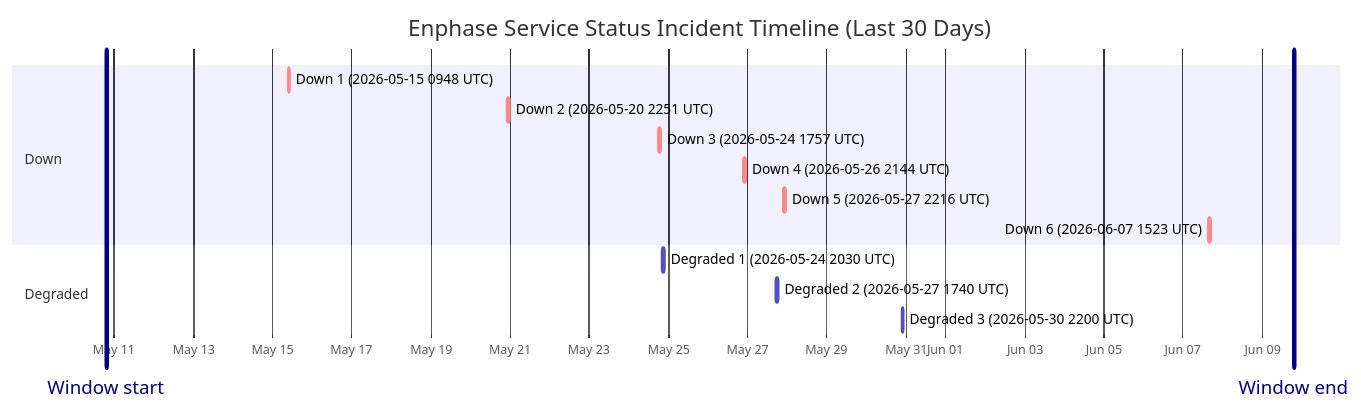
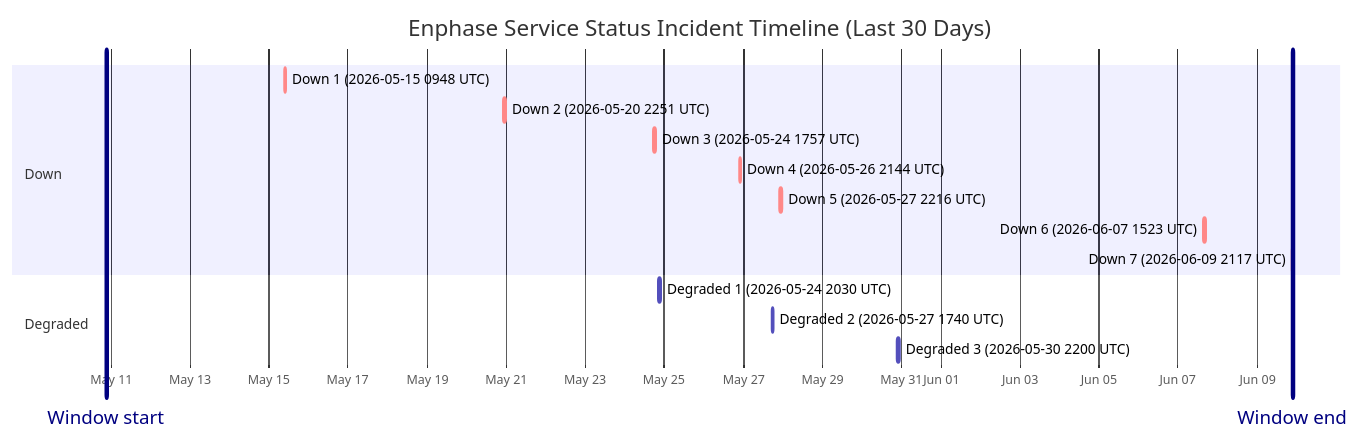
One commit to barneyonline/ha-enphase-energy changed the diagram in wiki/Service-Status-History.md. Above: the diagram before and after it, drawn with Mermaid. The commit also changed other lines of this file and 5 other files, not shown here.

````diff
--- a/wiki/Service-Status-History.md
+++ b/wiki/Service-Status-History.md
@@ -14,19 +14,20 @@
 ```mermaid
 gantt
     title Enphase Service Status Incident Timeline (Last 30 Days)
     dateFormat  YYYY-MM-DDTHH:mm:ss
     axisFormat  %b %d
-    Window start :vert, window-start, 2026-05-10T19:11:44, 0ms
-    Window end :vert, window-end, 2026-06-09T19:11:44, 0ms
+    Window start :vert, window-start, 2026-05-10T21:17:17, 0ms
+    Window end :vert, window-end, 2026-06-09T21:17:17, 0ms
     section Down
     Down 1 (2026-05-15 0948 UTC) :crit, down-1, 2026-05-15T09:48:18, 60m
     Down 2 (2026-05-20 2251 UTC) :crit, down-2, 2026-05-20T22:51:14, 75m
     Down 3 (2026-05-24 1757 UTC) :crit, down-3, 2026-05-24T17:57:41, 86m
     Down 4 (2026-05-26 2144 UTC) :crit, down-4, 2026-05-26T21:44:11, 85m
     Down 5 (2026-05-27 2216 UTC) :crit, down-5, 2026-05-27T22:16:53, 87m
     Down 6 (2026-06-07 1523 UTC) :crit, down-6, 2026-06-07T15:23:22, 87m
+    Down 7 (2026-06-09 2117 UTC) :crit, down-7, 2026-06-09T21:17:17, 60m
     section Degraded
     Degraded 1 (2026-05-24 2030 UTC) :active, degraded-1, 2026-05-24T20:30:57, 84m
     Degraded 2 (2026-05-27 1740 UTC) :active, degraded-2, 2026-05-27T17:40:52, 60m
     Degraded 3 (2026-05-30 2200 UTC) :active, degraded-3, 2026-05-30T22:00:37, 60m
 ```
````
